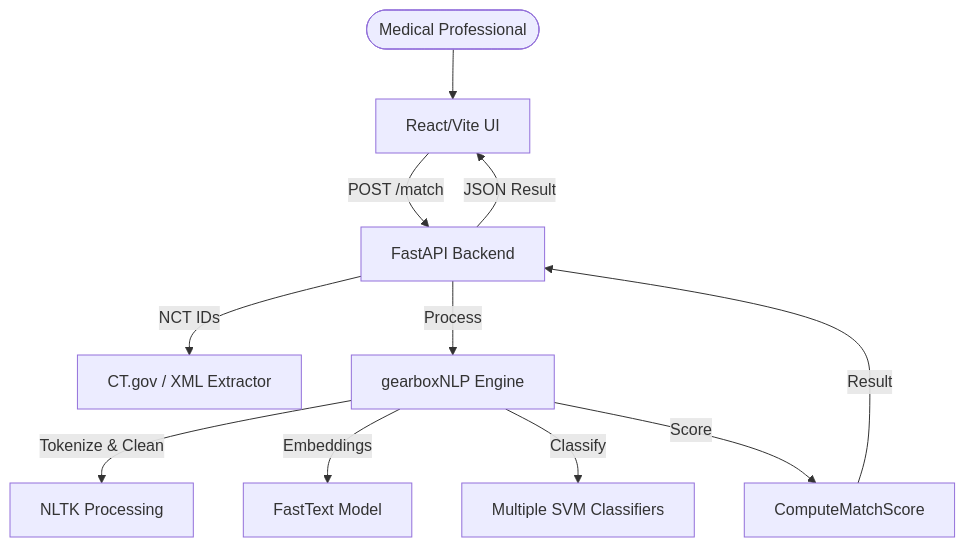
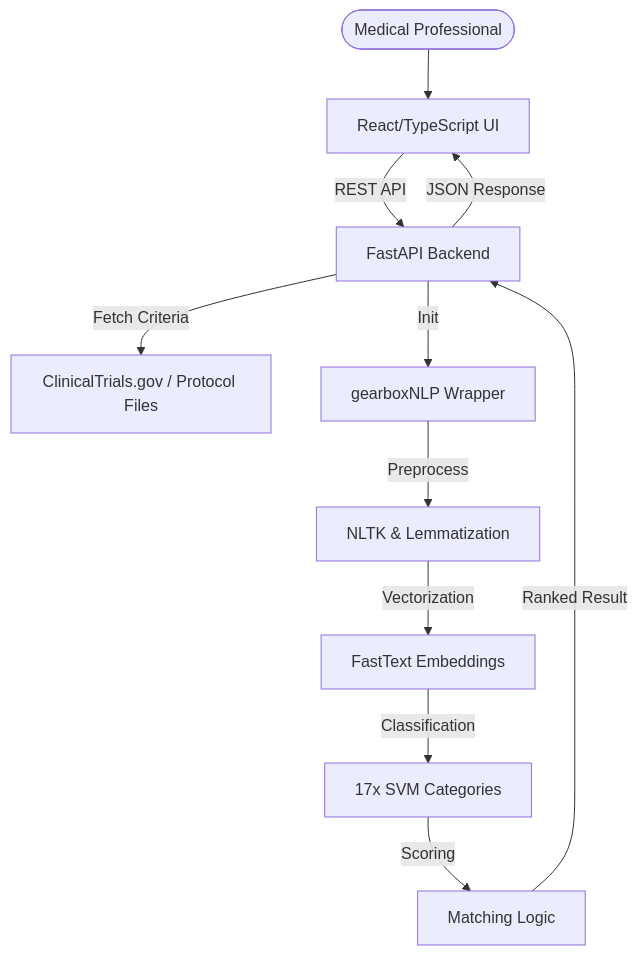
Before and after one commit to Dev10-sys/Automated-Matching-of-Patients-to-Clinical-Trials: the diagram in README.md, drawn with Mermaid. The commit also changed other lines of this file and 4 other files, not shown here.

Commit message:
Modernize trial enrollment UI with FastAPI backend and React frontend dashboard

````diff
--- a/README.md
+++ b/README.md
@@ -7,13 +19,13 @@
 ```mermaid
 graph TD
-    User([Medical Professional]) --> Frontend[React/Vite UI]
-    Frontend -->|POST /match| API[FastAPI Backend]
-    API -->|NCT IDs| Extractor[CT.gov / XML Extractor]
-    API -->|Process| Engine[gearboxNLP Engine]
-    Engine -->|Tokenize & Clean| NLP[NLTK Processing]
-    Engine -->|Embeddings| FT[FastText Model]
-    Engine -->|Classify| SVM[Multiple SVM Classifiers]
-    Engine -->|Score| Matcher[ComputeMatchScore]
-    Matcher -->|Result| API
-    API -->|JSON Result| Frontend
+    User([Medical Professional]) --> Frontend[React/TypeScript UI]
+    Frontend -->|REST API| API[FastAPI Backend]
+    API -->|Fetch Criteria| CTGov[ClinicalTrials.gov / Protocol Files]
+    API -->|Init| Wrapper[gearboxNLP Wrapper]
+    Wrapper -->|Preprocess| NLP[NLTK & Lemmatization]
+    NLP -->|Vectorization| FT[FastText Embeddings]
+    FT -->|Classification| SVM[17x SVM Categories]
+    SVM -->|Scoring| Matcher[Matching Logic]
+    Matcher -->|Ranked Result| API
+    API -->|JSON Response| Frontend
 ```
````
